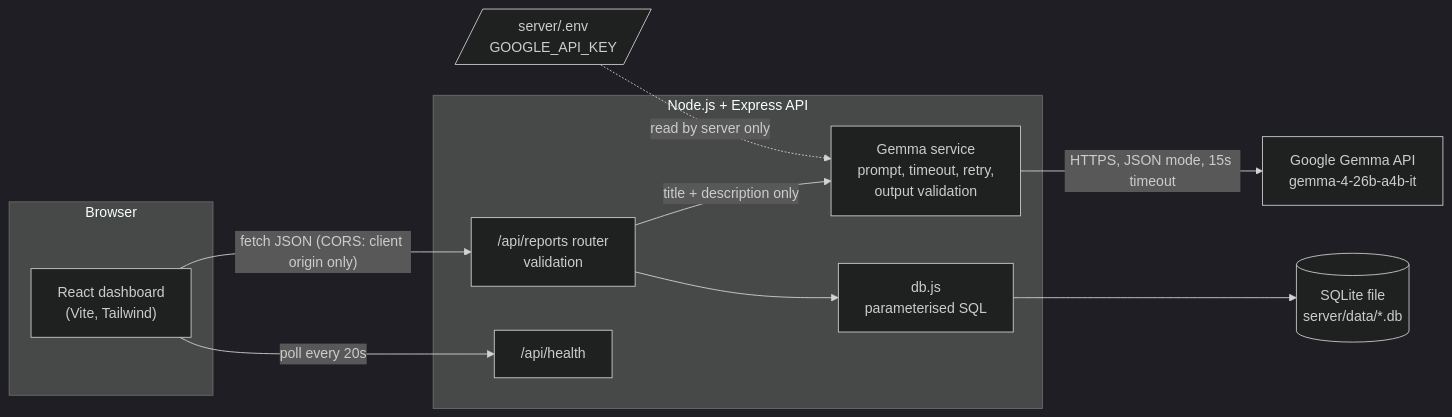
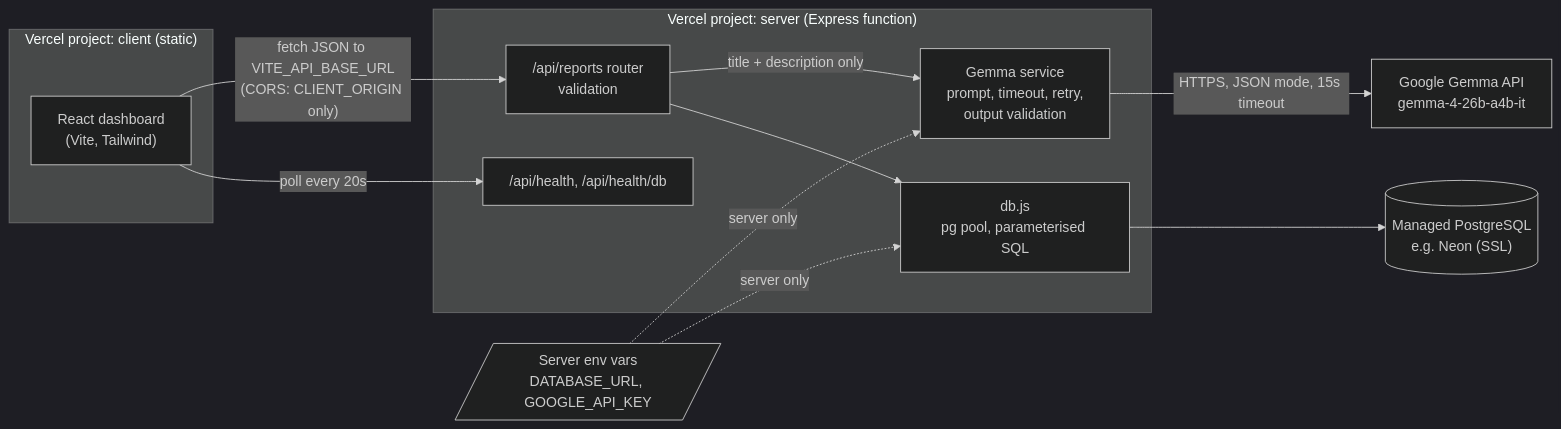
One commit to rudrarajsinh920/Civicsense changed the first of 2 diagrams in README.md. Above: the diagram before and after it, drawn with Mermaid (dark theme). The commit also changed other lines of this file and 21 other files, not shown here.

First line of the commit message:
Migrate to PostgreSQL and prepare Vercel deployment

````diff
--- a/README.md
+++ b/README.md
@@ -54,24 +55,25 @@
 ```mermaid
 flowchart LR
-    subgraph Browser
+    subgraph FE["Vercel project: client (static)"]
         UI["React dashboard<br/>(Vite, Tailwind)"]
     end
 
-    subgraph Server["Node.js + Express API"]
+    subgraph BE["Vercel project: server (Express function)"]
         R["/api/reports router<br/>validation"]
-        H["/api/health"]
+        H["/api/health, /api/health/db"]
         G["Gemma service<br/>prompt, timeout, retry,<br/>output validation"]
-        D["db.js<br/>parameterised SQL"]
+        D["db.js<br/>pg pool, parameterised SQL"]
     end
 
-    DB[("SQLite file<br/>server/data/*.db")]
+    DB[("Managed PostgreSQL<br/>e.g. Neon (SSL)")]
     AI["Google Gemma API<br/>gemma-4-26b-a4b-it"]
-    ENV[/"server/.env<br/>GOOGLE_API_KEY"/]
+    ENV[/"Server env vars<br/>DATABASE_URL, GOOGLE_API_KEY"/]
 
-    UI -- "fetch JSON (CORS: client origin only)" --> R
+    UI -- "fetch JSON to VITE_API_BASE_URL<br/>(CORS: CLIENT_ORIGIN only)" --> R
     UI -- "poll every 20s" --> H
     R -- "title + description only" --> G
     G -- "HTTPS, JSON mode, 15s timeout" --> AI
-    ENV -. "read by server only" .-> G
+    ENV -. "server only" .-> G
+    ENV -. "server only" .-> D
     R --> D --> DB
 ```
````
